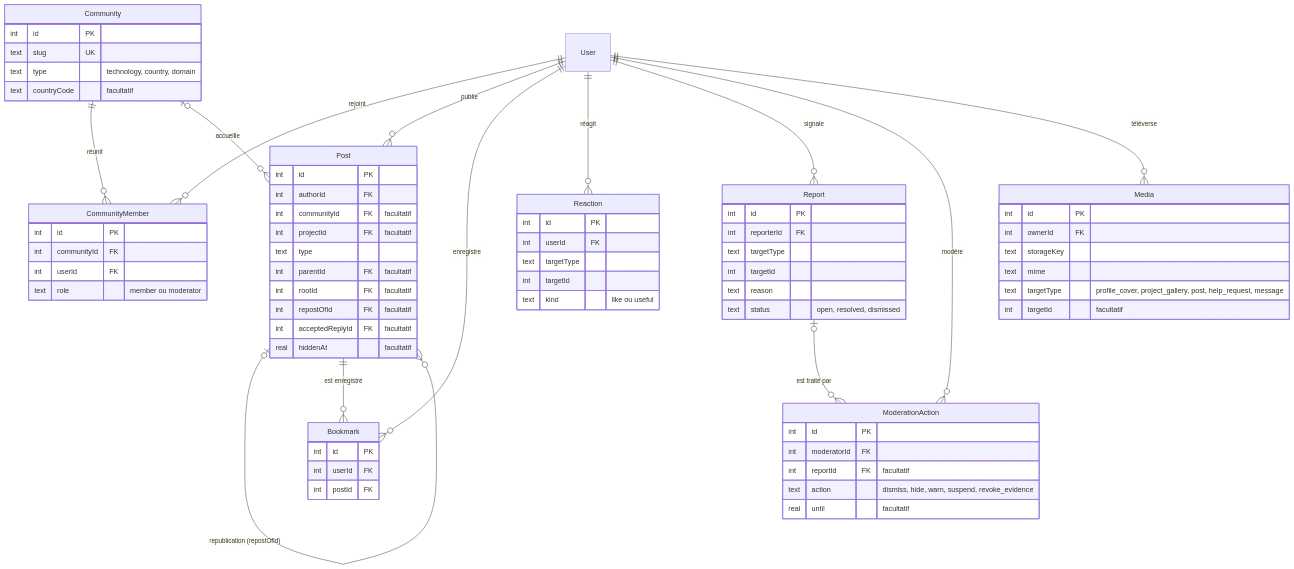
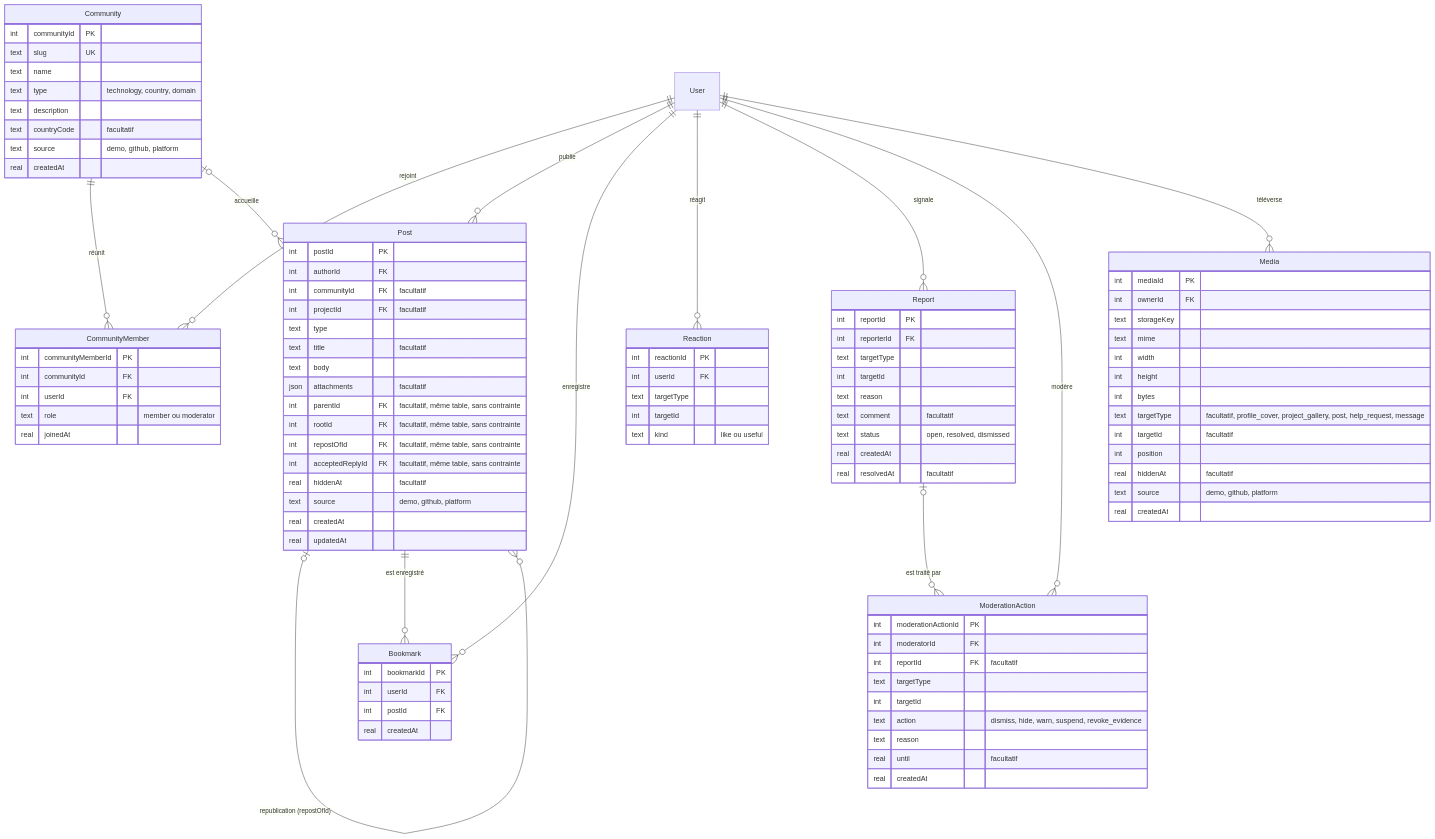
One commit to Mirak29/pamoja changed the sixth of 15 diagrams in docs/modelisation/README.md. Above: the diagram before and after it, drawn with Mermaid. The commit also changed other lines of this file, not shown here.

Commit message:
PAM-123 Align the entity diagrams with the schema

````diff
--- a/docs/modelisation/README.md
+++ b/docs/modelisation/README.md
@@ -404,62 +477,88 @@
   User ||--o{ Media : "téléverse"
 
   Community {
-    int id PK
+    int communityId PK
     text slug UK
+    text name
     text type "technology, country, domain"
+    text description
     text countryCode "facultatif"
+    text source "demo, github, platform"
+    real createdAt
   }
   CommunityMember {
-    int id PK
+    int communityMemberId PK
     int communityId FK
     int userId FK
     text role "member ou moderator"
+    real joinedAt
   }
   Post {
-    int id PK
+    int postId PK
     int authorId FK
     int communityId FK "facultatif"
     int projectId FK "facultatif"
     text type
-    int parentId FK "facultatif"
-    int rootId FK "facultatif"
-    int repostOfId FK "facultatif"
-    int acceptedReplyId FK "facultatif"
+    text title "facultatif"
+    text body
+    json attachments "facultatif"
+    int parentId FK "facultatif, même table, sans contrainte"
+    int rootId FK "facultatif, même table, sans contrainte"
+    int repostOfId FK "facultatif, même table, sans contrainte"
+    int acceptedReplyId FK "facultatif, même table, sans contrainte"
     real hiddenAt "facultatif"
+    text source "demo, github, platform"
+    real createdAt
+    real updatedAt
   }
   Reaction {
-    int id PK
+    int reactionId PK
     int userId FK
     text targetType
     int targetId
     text kind "like ou useful"
   }
   Bookmark {
-    int id PK
+    int bookmarkId PK
     int userId FK
     int postId FK
+    real createdAt
   }
   Report {
-    int id PK
+    int reportId PK
     int reporterId FK
     text targetType
     int targetId
     text reason
+    text comment "facultatif"
     text status "open, resolved, dismissed"
+    real createdAt
+    real resolvedAt "facultatif"
   }
   ModerationAction {
-    int id PK
+    int moderationActionId PK
     int moderatorId FK
     int reportId FK "facultatif"
+    text targetType
+    int targetId
     text action "dismiss, hide, warn, suspend, revoke_evidence"
+    text reason
     real until "facultatif"
+    real createdAt
   }
   Media {
-    int id PK
+    int mediaId PK
     int ownerId FK
     text storageKey
     text mime
-    text targetType "profile_cover, project_gallery, post, help_request, message"
+    int width
+    int height
+    int bytes
+    text targetType "facultatif, profile_cover, project_gallery, post, help_request, message"
     int targetId "facultatif"
+    int position
+    real hiddenAt "facultatif"
+    text source "demo, github, platform"
+    real createdAt
   }
 ```
````
